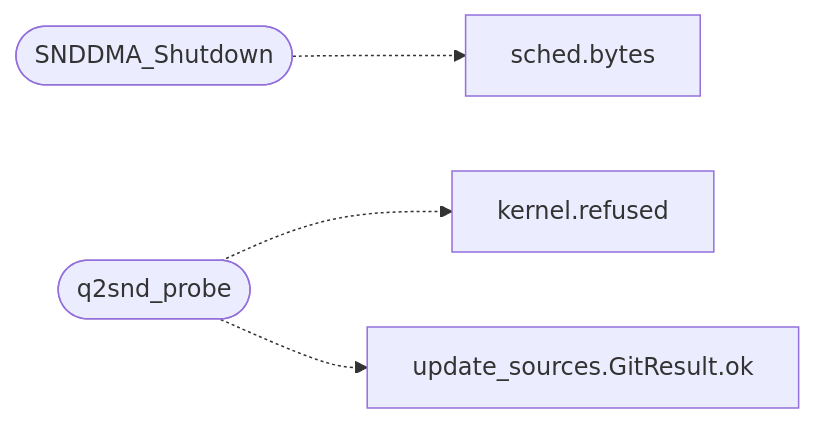
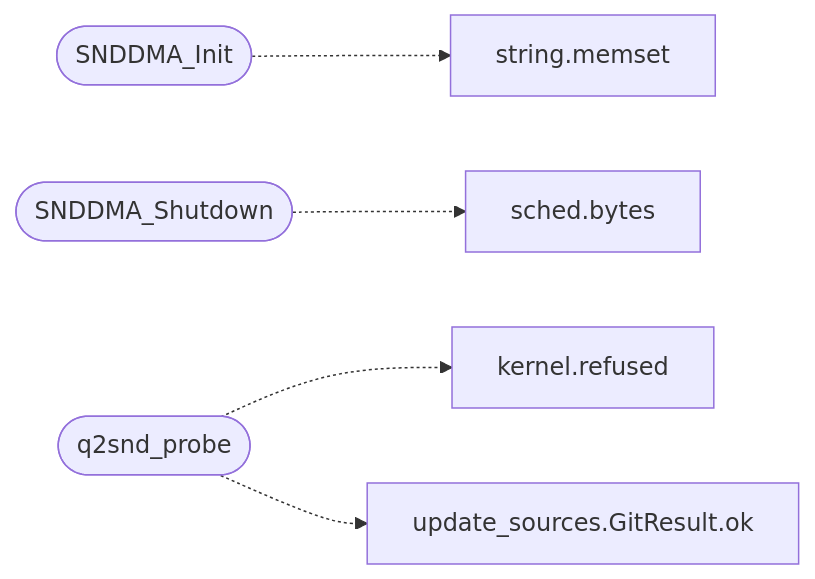
The diagram in readmenator-apidocs/modules/progs.quake2generic.snddma_minios.c.md (grisuno/miniOS), drawn with Mermaid before and after one commit. The commit also changed other lines of this file and 222 other files, not shown here.

````diff
--- a/readmenator-apidocs/modules/progs.quake2generic.snddma_minios.c.md
+++ b/readmenator-apidocs/modules/progs.quake2generic.snddma_minios.c.md
@@ -16,11 +16,14 @@
 ```mermaid
 flowchart LR
+    n_progs_quake2generic_snddma_minios_c__SNDDMA_Init(["SNDDMA_Init"])
+    n_kernel_string_c__memset["string.memset"]
     n_progs_quake2generic_snddma_minios_c__SNDDMA_Shutdown(["SNDDMA_Shutdown"])
     n_headers_sched_h__bytes["sched.bytes"]
     n_progs_quake2generic_snddma_minios_c__q2snd_probe(["q2snd_probe"])
     n_headers_kernel_h__refused["kernel.refused"]
     n_tools_update_sources_py__GitResult_ok["update_sources.GitResult.ok"]
+    n_progs_quake2generic_snddma_minios_c__SNDDMA_Init -.-> n_kernel_string_c__memset
     n_progs_quake2generic_snddma_minios_c__SNDDMA_Shutdown -.-> n_headers_sched_h__bytes
     n_progs_quake2generic_snddma_minios_c__q2snd_probe -.-> n_headers_kernel_h__refused
     n_progs_quake2generic_snddma_minios_c__q2snd_probe -.-> n_tools_update_sources_py__GitResult_ok
 ```
````
